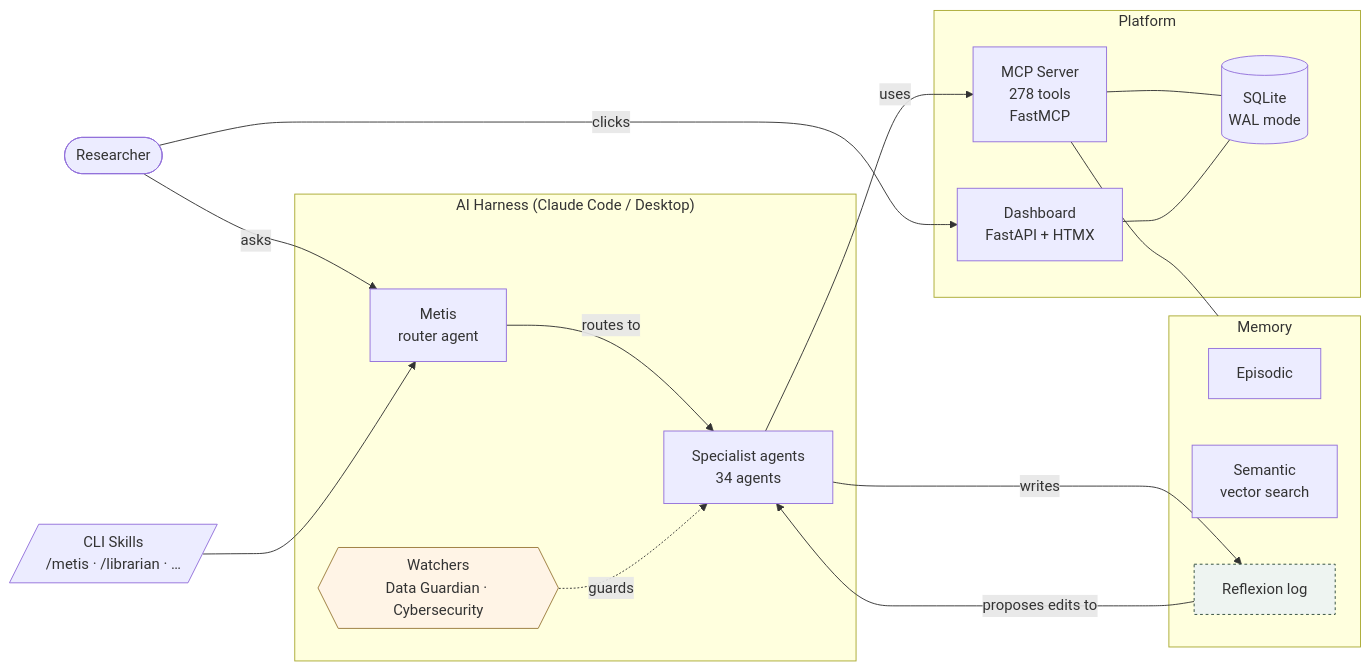
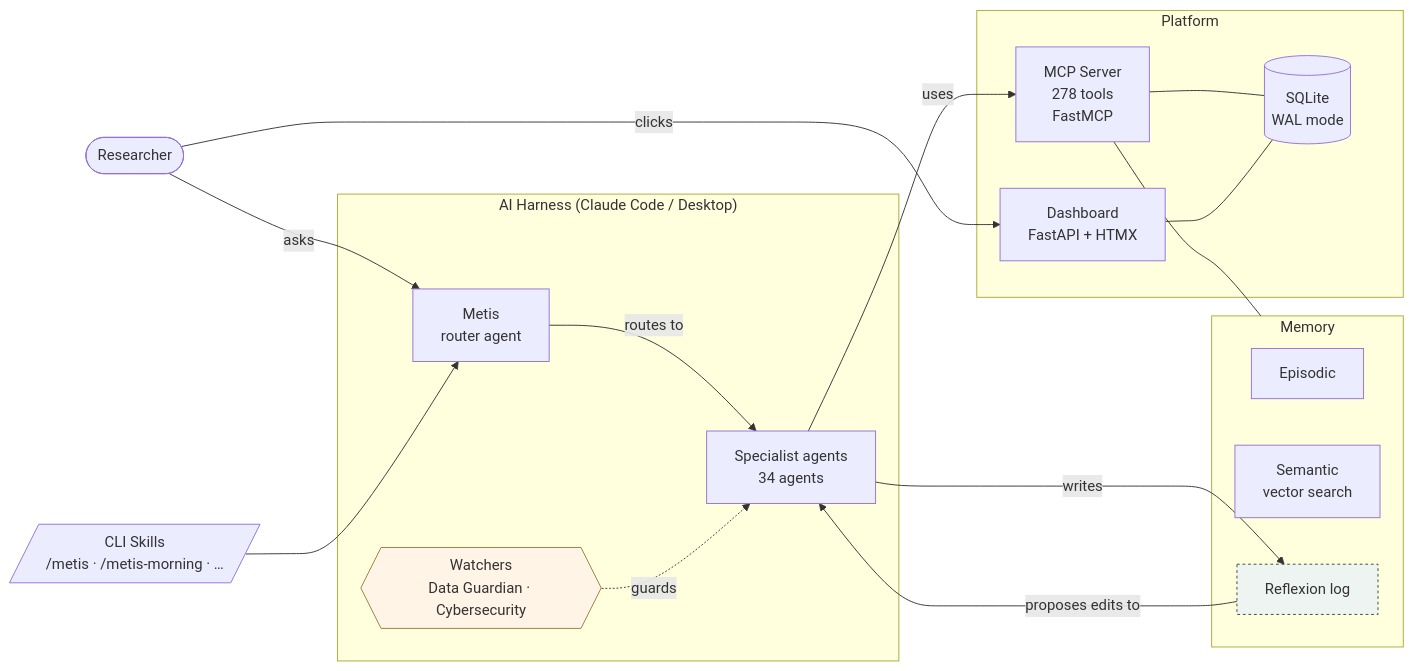
The diagram in README.md (SVerITG/Metis), drawn with Mermaid before and after one commit. The commit also changed 70 other files, not shown here.

````diff
--- a/README.md
+++ b/README.md
@@ -536,35 +536,35 @@
 ```mermaid
 flowchart LR
     U([Researcher])
     subgraph Harness["AI Harness (Claude Code / Desktop)"]
         METIS[Metis\nrouter agent]
         AGENTS[Specialist agents\n34 agents]
         WATCHERS{{Watchers\nData Guardian · Cybersecurity}}
     end
     subgraph Platform
         MCP[MCP Server\n278 tools\nFastMCP]
         DASH[Dashboard\nFastAPI + HTMX]
         DB[(SQLite\nWAL mode)]
     end
     subgraph Memory
         EPIS[Episodic]
         SEM[Semantic\nvector search]
         REFLEX[Reflexion log]
     end
-    Skills[/CLI Skills\n/metis · /librarian · …/]
+    Skills[/CLI Skills\n/metis · /metis-morning · …/]
 
     U -->|asks| METIS
     U -->|clicks| DASH
     METIS -->|routes to| AGENTS
     AGENTS -->|uses| MCP
     MCP --- DB
     DASH --- DB
     WATCHERS -.guards.-> AGENTS
     AGENTS -->|writes| REFLEX
     REFLEX -->|proposes edits to| AGENTS
     MCP --- Memory
     Skills --> METIS
 
     style WATCHERS fill:#fff4e6,stroke:#9a7b3c
     style REFLEX fill:#eef4f1,stroke:#2d4a3a,stroke-dasharray:3 3
 ```
````
